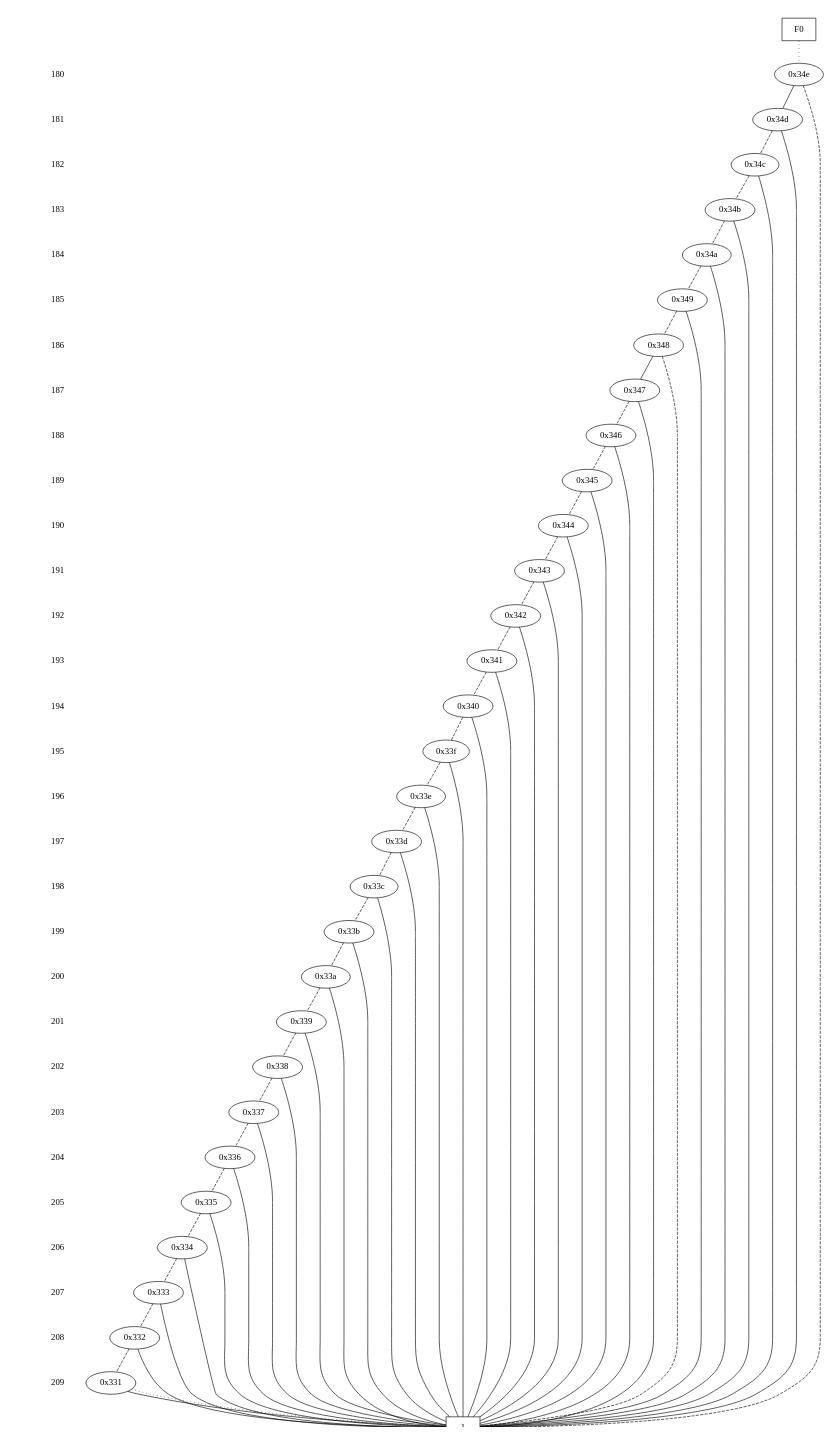
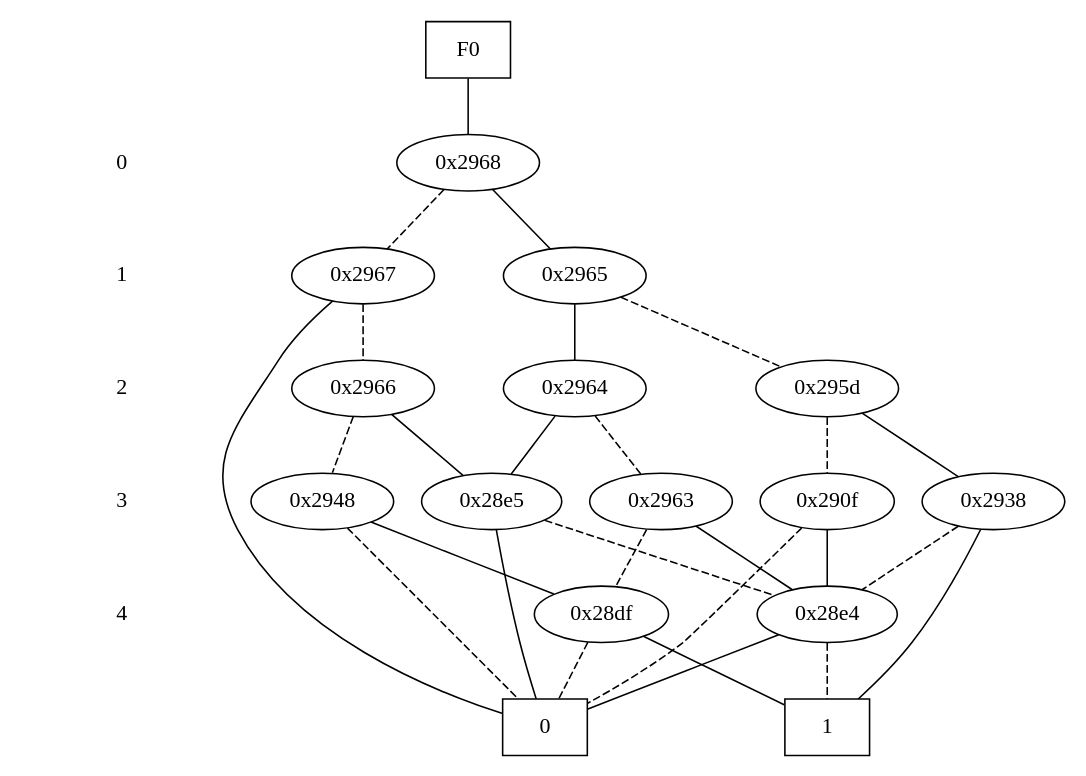
Before and after one commit to galvusdamor/downward-hm: the diagram in current_state.dot, drawn with Graphviz. The commit also changed 7 other files, not shown here.

```diff
--- a/current_state.dot
+++ b/current_state.dot
@@ -1,168 +1,69 @@
 digraph "DD" {
 size = "7.5,10"
 center = true;
 edge [dir = none];
 { node [shape = plaintext];
   edge [style = invis];
   "CONST NODES" [style = invis];
-" 180 " -> " 181 " -> " 182 " -> " 183 " -> " 184 " -> " 185 " -> " 186 " -> " 187 " -> " 188 " -> " 189 " -> " 190 " -> " 191 " -> " 192 " -> " 193 " -> " 194 " -> " 195 " -> " 196 " -> " 197 " -> " 198 " -> " 199 " -> " 200 " -> " 201 " -> " 202 " -> " 203 " -> " 204 " -> " 205 " -> " 206 " -> " 207 " -> " 208 " -> " 209 " -> "CONST NODES"; 
+" 0 " -> " 1 " -> " 2 " -> " 3 " -> " 4 " -> "CONST NODES"; 
 }
 { rank = same; node [shape = box]; edge [style = invis];
 "F0"; }
-{ rank = same; " 180 ";
-"0x34e";
+{ rank = same; " 0 ";
+"0x2968";
 }
-{ rank = same; " 181 ";
-"0x34d";
+{ rank = same; " 1 ";
+"0x2965";
+"0x2967";
 }
-{ rank = same; " 182 ";
-"0x34c";
+{ rank = same; " 2 ";
+"0x2964";
+"0x295d";
+"0x2966";
 }
-{ rank = same; " 183 ";
-"0x34b";
+{ rank = same; " 3 ";
+"0x290f";
+"0x28e5";
+"0x2963";
+"0x2948";
+"0x2938";
 }
-{ rank = same; " 184 ";
-"0x34a";
-}
-{ rank = same; " 185 ";
-"0x349";
-}
-{ rank = same; " 186 ";
-"0x348";
-}
-{ rank = same; " 187 ";
-"0x347";
-}
-{ rank = same; " 188 ";
-"0x346";
-}
-{ rank = same; " 189 ";
-"0x345";
-}
-{ rank = same; " 190 ";
-"0x344";
-}
-{ rank = same; " 191 ";
-"0x343";
-}
-{ rank = same; " 192 ";
-"0x342";
-}
-{ rank = same; " 193 ";
-"0x341";
-}
-{ rank = same; " 194 ";
-"0x340";
-}
-{ rank = same; " 195 ";
-"0x33f";
-}
-{ rank = same; " 196 ";
-"0x33e";
-}
-{ rank = same; " 197 ";
-"0x33d";
-}
-{ rank = same; " 198 ";
-"0x33c";
-}
-{ rank = same; " 199 ";
-"0x33b";
-}
-{ rank = same; " 200 ";
-"0x33a";
-}
-{ rank = same; " 201 ";
-"0x339";
-}
-{ rank = same; " 202 ";
-"0x338";
-}
-{ rank = same; " 203 ";
-"0x337";
-}
-{ rank = same; " 204 ";
-"0x336";
-}
-{ rank = same; " 205 ";
-"0x335";
-}
-{ rank = same; " 206 ";
-"0x334";
-}
-{ rank = same; " 207 ";
-"0x333";
-}
-{ rank = same; " 208 ";
-"0x332";
-}
-{ rank = same; " 209 ";
-"0x331";
+{ rank = same; " 4 ";
+"0x28df";
+"0x28e4";
 }
 { rank = same; "CONST NODES";
-{ node [shape = box]; "0xc6";
+{ node [shape = box]; "0x267a";
+"0x2679";
 }
 }
-"F0" -> "0x34e" [style = dotted];
-"0x34e" -> "0x34d";
-"0x34e" -> "0xc6" [style = dashed];
-"0x34d" -> "0xc6";
-"0x34d" -> "0x34c" [style = dashed];
-"0x34c" -> "0xc6";
-"0x34c" -> "0x34b" [style = dashed];
-"0x34b" -> "0xc6";
-"0x34b" -> "0x34a" [style = dashed];
-"0x34a" -> "0xc6";
-"0x34a" -> "0x349" [style = dashed];
-"0x349" -> "0xc6";
-"0x349" -> "0x348" [style = dashed];
-"0x348" -> "0x347";
-"0x348" -> "0xc6" [style = dashed];
-"0x347" -> "0xc6";
-"0x347" -> "0x346" [style = dashed];
-"0x346" -> "0xc6";
-"0x346" -> "0x345" [style = dashed];
-"0x345" -> "0xc6";
-"0x345" -> "0x344" [style = dashed];
-"0x344" -> "0xc6";
-"0x344" -> "0x343" [style = dashed];
-"0x343" -> "0xc6";
-"0x343" -> "0x342" [style = dashed];
-"0x342" -> "0xc6";
-"0x342" -> "0x341" [style = dashed];
-"0x341" -> "0xc6";
-"0x341" -> "0x340" [style = dashed];
-"0x340" -> "0xc6";
-"0x340" -> "0x33f" [style = dashed];
-"0x33f" -> "0xc6";
-"0x33f" -> "0x33e" [style = dashed];
-"0x33e" -> "0xc6";
-"0x33e" -> "0x33d" [style = dashed];
-"0x33d" -> "0xc6";
-"0x33d" -> "0x33c" [style = dashed];
-"0x33c" -> "0xc6";
-"0x33c" -> "0x33b" [style = dashed];
-"0x33b" -> "0xc6";
-"0x33b" -> "0x33a" [style = dashed];
-"0x33a" -> "0xc6";
-"0x33a" -> "0x339" [style = dashed];
-"0x339" -> "0xc6";
-"0x339" -> "0x338" [style = dashed];
-"0x338" -> "0xc6";
-"0x338" -> "0x337" [style = dashed];
-"0x337" -> "0xc6";
-"0x337" -> "0x336" [style = dashed];
-"0x336" -> "0xc6";
-"0x336" -> "0x335" [style = dashed];
-"0x335" -> "0xc6";
-"0x335" -> "0x334" [style = dashed];
-"0x334" -> "0xc6";
-"0x334" -> "0x333" [style = dashed];
-"0x333" -> "0xc6";
-"0x333" -> "0x332" [style = dashed];
-"0x332" -> "0xc6";
-"0x332" -> "0x331" [style = dashed];
-"0x331" -> "0xc6";
-"0x331" -> "0xc6" [style = dotted];
-"0xc6" [label = "1"];
+"F0" -> "0x2968" [style = solid];
+"0x2968" -> "0x2965";
+"0x2968" -> "0x2967" [style = dashed];
+"0x2965" -> "0x2964";
+"0x2965" -> "0x295d" [style = dashed];
+"0x2967" -> "0x267a";
+"0x2967" -> "0x2966" [style = dashed];
+"0x2964" -> "0x28e5";
+"0x2964" -> "0x2963" [style = dashed];
+"0x295d" -> "0x2938";
+"0x295d" -> "0x290f" [style = dashed];
+"0x2966" -> "0x28e5";
+"0x2966" -> "0x2948" [style = dashed];
+"0x290f" -> "0x28e4";
+"0x290f" -> "0x267a" [style = dashed];
+"0x28e5" -> "0x267a";
+"0x28e5" -> "0x28e4" [style = dashed];
+"0x2963" -> "0x28e4";
+"0x2963" -> "0x28df" [style = dashed];
+"0x2948" -> "0x28df";
+"0x2948" -> "0x267a" [style = dashed];
+"0x2938" -> "0x2679";
+"0x2938" -> "0x28e4" [style = dashed];
+"0x28df" -> "0x2679";
+"0x28df" -> "0x267a" [style = dashed];
+"0x28e4" -> "0x267a";
+"0x28e4" -> "0x2679" [style = dashed];
+"0x267a" [label = "0"];
+"0x2679" [label = "1"];
 }
```
